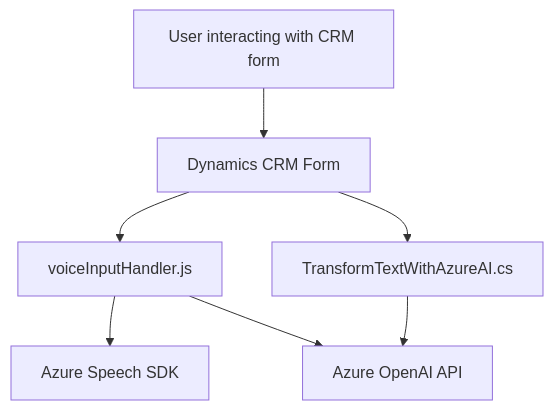
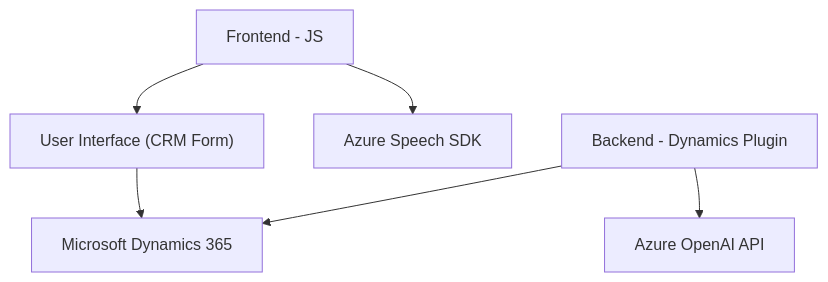
The diagram in README.md (blopezdm/NETCORE_BILBAO2025), drawn with Mermaid before and after one commit. The commit also changed other lines of this file, not shown here.

````diff
--- a/README.md
+++ b/README.md
@@ -52,16 +45,15 @@
 ```mermaid
 graph TD
-  AzureSpeechSDK["Azure Speech SDK"]
-  AzureOpenAI["Azure OpenAI API"]
-  User["User interacting with CRM form"]
-  CRMForm["Dynamics CRM Form"]
-  VoiceInputJS["voiceInputHandler.js"]
-  TextTransformationPlugin["TransformTextWithAzureAI.cs"]
+    A["Frontend - JS"]
+    B["Backend - Dynamics Plugin"]
+    C["Azure Speech SDK"]
+    D["Azure OpenAI API"]
+    E["Microsoft Dynamics 365"]
+    F["User Interface (CRM Form)"]
 
-  User --> CRMForm
-  CRMForm --> VoiceInputJS
-  VoiceInputJS --> AzureSpeechSDK
-  VoiceInputJS --> AzureOpenAI
-  CRMForm --> TextTransformationPlugin
-  TextTransformationPlugin --> AzureOpenAI
+    A --> F
+    F --> E
+    A --> C
+    B --> E
+    B --> D
 ```
````
